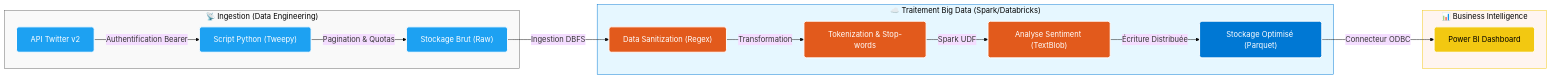
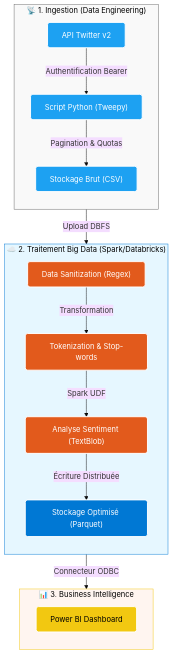
One commit to ilyessalmi/Data-Engineering-Projects changed the diagram in 03-Pipeline-Azure-Databricks-CICD/README.md. Above: the diagram before and after it, drawn with Mermaid (base theme). The commit also changed other lines of this file, not shown here.

````diff
--- a/03-Pipeline-Azure-Databricks-CICD/README.md
+++ b/03-Pipeline-Azure-Databricks-CICD/README.md
@@ -17,39 +17,42 @@
 ```mermaid
-graph LR
+graph TD
     %% Styles
     classDef source fill:#1DA1F2,stroke:#fff,stroke-width:2px,color:#fff,rx:5,ry:5;
     classDef azure fill:#0078D4,stroke:#fff,stroke-width:2px,color:#fff,rx:5,ry:5;
     classDef processing fill:#E25A1C,stroke:#fff,stroke-width:2px,color:#fff,rx:5,ry:5;
     classDef viz fill:#F2C811,stroke:#fff,stroke-width:2px,color:#000,rx:5,ry:5;
 
-    subgraph Source ["📡 Ingestion (Data Engineering)"]
+    subgraph Source ["📡 1. Ingestion (Data Engineering)"]
+        direction TB
         API["API Twitter v2"]:::source
         Script["Script Python (Tweepy)"]:::source
-        RawData["Stockage Brut (Raw)"]:::source
+        RawData["Stockage Brut (CSV)"]:::source
     end
 
-    subgraph Azure_Env ["☁️ Traitement Big Data (Spark/Databricks)"]
+    subgraph Azure_Env ["☁️ 2. Traitement Big Data (Spark/Databricks)"]
+        direction TB
         Clean["Data Sanitization (Regex)"]:::processing
         Token["Tokenization & Stop-words"]:::processing
         NLP["Analyse Sentiment (TextBlob)"]:::processing
         Parquet["Stockage Optimisé (Parquet)"]:::azure
     end
 
-    subgraph Viz ["📊 Business Intelligence"]
+    subgraph Viz ["📊 3. Business Intelligence"]
+        direction TB
         PBI["Power BI Dashboard"]:::viz
     end
 
     %% Flux
     API -->|Authentification Bearer| Script
     Script -->|Pagination & Quotas| RawData
-    RawData -->|Ingestion DBFS| Clean
+    RawData -->|Upload DBFS| Clean
     Clean -->|Transformation| Token
     Token -->|Spark UDF| NLP
     NLP -->|Écriture Distribuée| Parquet
     Parquet -->|Connecteur ODBC| PBI
 
     %% Styling
     style Source fill:#f9f9f9,stroke:#666,color:#000
     style Azure_Env fill:#e6f7ff,stroke:#0078D4,color:#000
     style Viz fill:#fff5f0,stroke:#F2C811,color:#000
 ```
````
